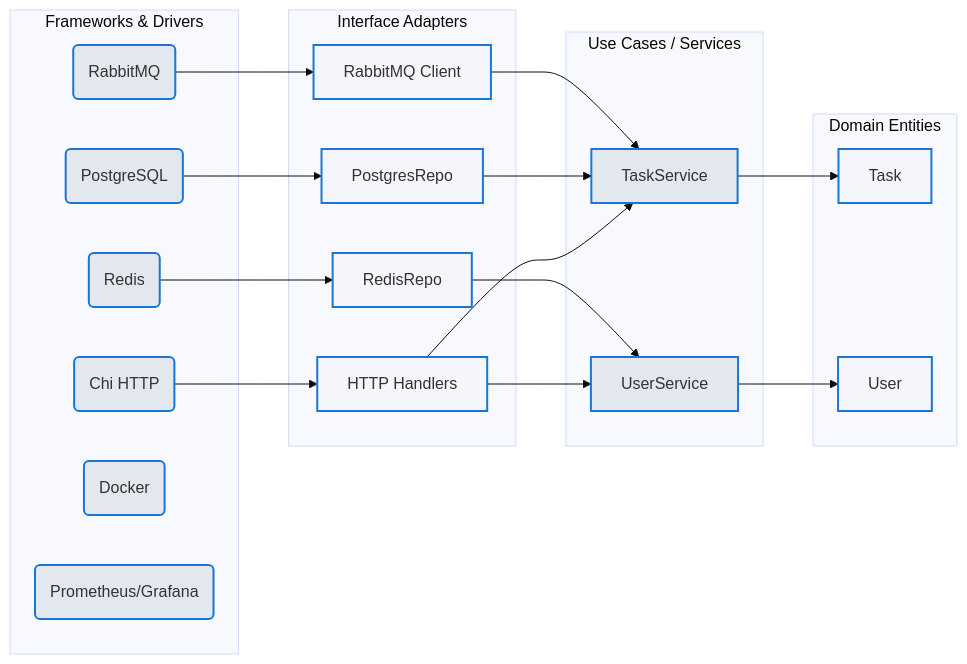
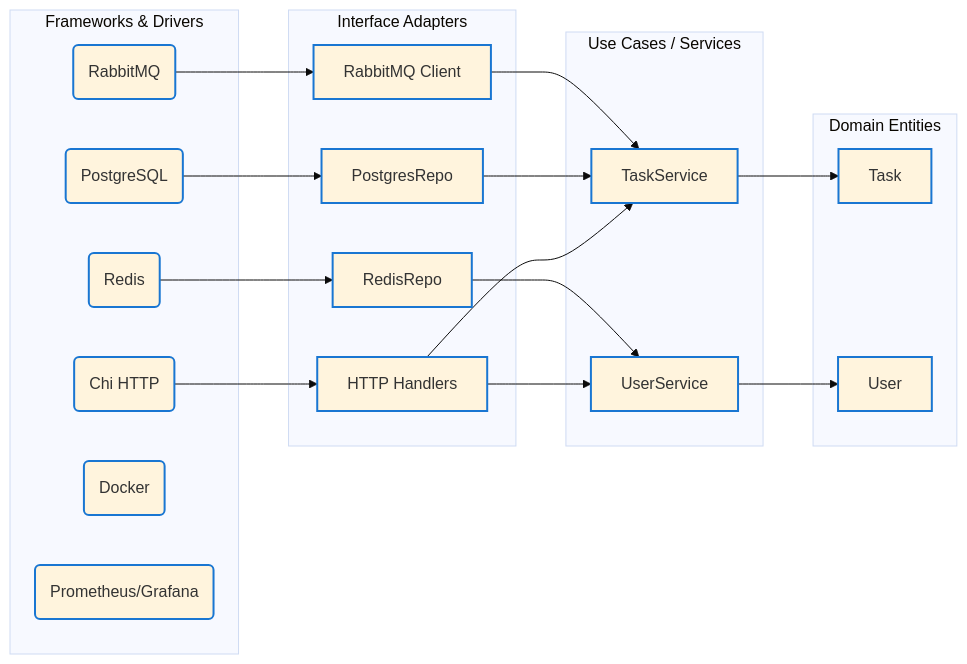
Before and after one commit to ffoky/Code-processor: the third of 3 diagrams in README.md, drawn with Mermaid (base theme). The commit also changed other lines of this file, not shown here.

````diff
--- a/README.md
+++ b/README.md
@@ -101,53 +96,46 @@
 ```mermaid
 flowchart LR
 
   subgraph Domain [Domain Entities]
     D1[Task]
     D2[User]
   end
 
   subgraph UseCases [Use Cases / Services]
     U1[TaskService]
     U2[UserService]
   end
 
   subgraph Adapters [Interface Adapters]
     A1[HTTP Handlers]
     A2[PostgresRepo]
     A3[RedisRepo]
     A4[RabbitMQ Client]
   end
 
   subgraph Infra [Frameworks & Drivers]
     F1(Chi HTTP)
     F2(PostgreSQL)
     F3(Redis)
     F4(RabbitMQ)
     F5(Docker)
     F6(Prometheus/Grafana)
   end
 
   %% зависимости
   F1 --> A1
   F2 --> A2
   F3 --> A3
   F4 --> A4
   A1 --> U1
   A1 --> U2
   A2 --> U1
   A3 --> U2
   A4 --> U1
   U1 --> D1
   U2 --> D2
 
-  %% Стилизация
-  classDef domain fill:#f4f6fb,stroke:#1976d2,stroke-width:2px;
-  classDef usecases fill:#e3e8ef,stroke:#1976d2,stroke-width:2px;
-  classDef adapters fill:#f4f6fb,stroke:#1976d2,stroke-width:2px;
-  classDef infra fill:#e3e8ef,stroke:#1976d2,stroke-width:2px;
-
-  class D1,D2 domain;
-  class U1,U2 usecases;
-  class A1,A2,A3,A4 adapters;
-  class F1,F2,F3,F4,F5,F6 infra;
+  %% Только синяя рамка для всех блоков, без fill!
+  classDef outlined stroke:#1976d2,stroke-width:2px;
+  class D1,D2,U1,U2,A1,A2,A3,A4,F1,F2,F3,F4,F5,F6 outlined;
 ```
````
